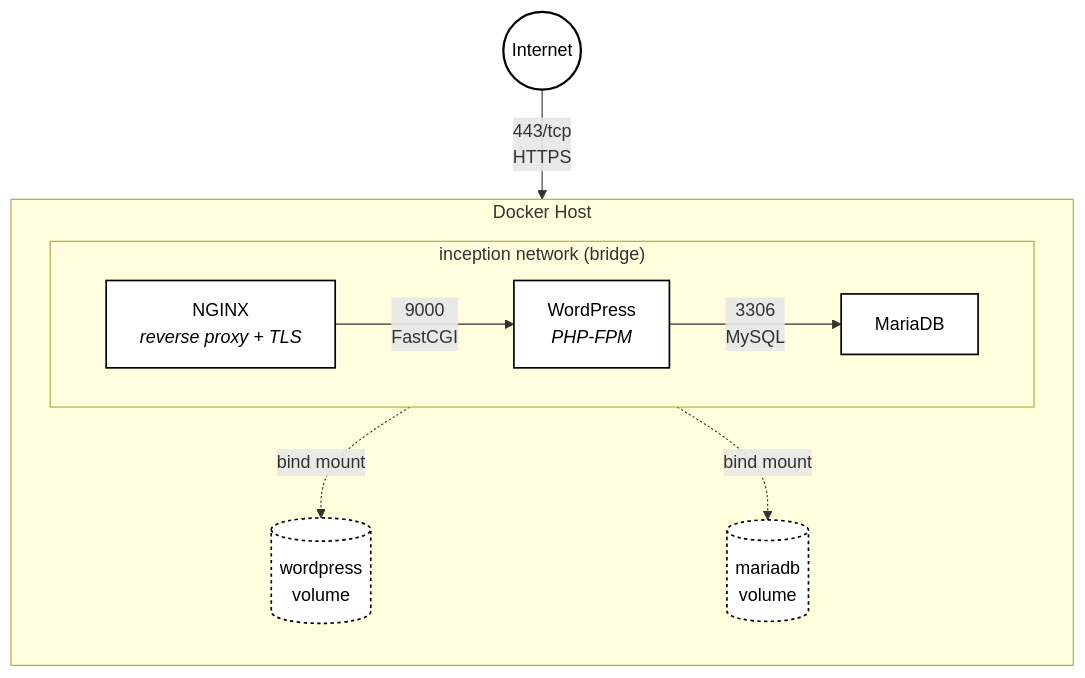
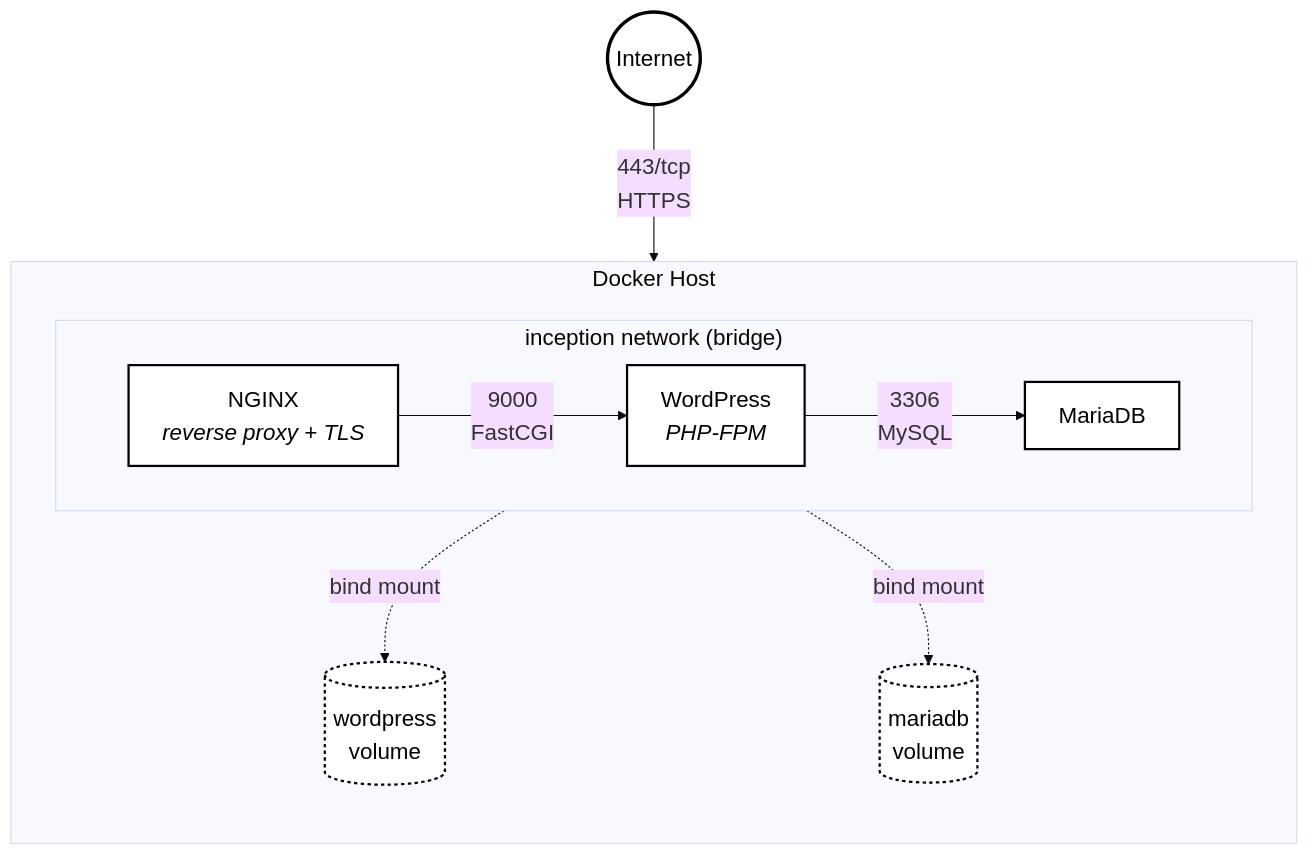
Before and after one commit to elel-m-b/Inception: the diagram in README.md, drawn with Mermaid.

Commit message:
updated README
Updated class definitions for Mermaid diagram styles.

````diff
--- a/README.md
+++ b/README.md
@@ -21,34 +21,35 @@
 ```mermaid
+%%{init: {'theme': 'base', 'themeVariables': {'fontSize': '20px'}, 'flowchart': {'nodeSpacing': 60, 'rankSpacing': 80, 'htmlLabels': true}}}%%
 flowchart TB
     WWW(("Internet"))
 
     subgraph HOST["Docker Host"]
         direction TB
 
         subgraph NETWORK["inception network (bridge)"]
             direction LR
             NGINX["NGINX<br/><i>reverse proxy + TLS</i>"]
             WP["WordPress<br/><i>PHP-FPM</i>"]
             DB["MariaDB"]
 
             NGINX -->|"9000<br/>FastCGI"| WP
             WP -->|"3306<br/>MySQL"| DB
         end
 
         WP_VOL[("wordpress<br/>volume")]
         DB_VOL[("mariadb<br/>volume")]
 
         WP -.->|bind mount| WP_VOL
         DB -.->|bind mount| DB_VOL
     end
 
     WWW -->|"443/tcp<br/>HTTPS"| NGINX
 
-    classDef container fill:#ffffff,stroke:#000000,stroke-width:1.5px,color:#000000
-    classDef volume fill:#ffffff,stroke:#000000,stroke-width:1.5px,color:#000000,stroke-dasharray: 3 3
-    classDef external fill:#ffffff,stroke:#000000,stroke-width:2px,color:#000000
+    classDef container fill:#ffffff,stroke:#000000,stroke-width:2px,color:#000000
+    classDef volume fill:#ffffff,stroke:#000000,stroke-width:2px,color:#000000,stroke-dasharray: 3 3
+    classDef external fill:#ffffff,stroke:#000000,stroke-width:3px,color:#000000
 
     class NGINX,WP,DB container
     class WP_VOL,DB_VOL volume
     class WWW external
 ```
````
